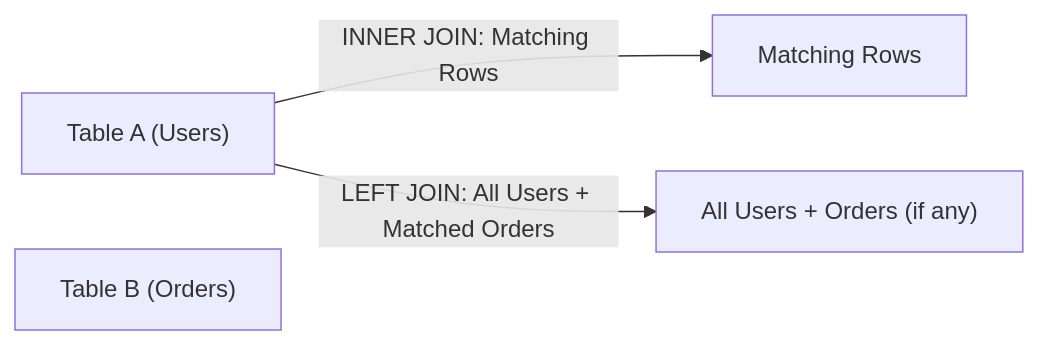
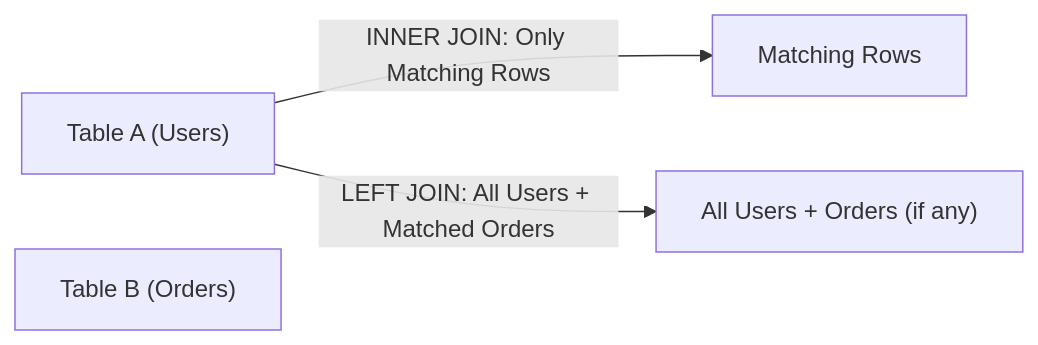
Diagram 22 of 23 in 06-Java-and-Spring-Boot/Spring Boot Interview Guide.md (rohithgowda18/Notes), drawn with Mermaid before and after one commit. The commit also changed other lines of this file, not shown here.

````diff
--- a/06-Java-and-Spring-Boot/Spring Boot Interview Guide.md
+++ b/06-Java-and-Spring-Boot/Spring Boot Interview Guide.md
@@ -1285,8 +1540,8 @@
 ```mermaid
 flowchart LR
     A["Table A (Users)"]
     B["Table B (Orders)"]
 
-    A -->|"INNER JOIN: Matching Rows"| IJ["Matching Rows"]
+    A -->|"INNER JOIN: Only Matching Rows"| IJ["Matching Rows"]
     A -->|"LEFT JOIN: All Users + Matched Orders"| LJ["All Users + Orders (if any)"]
 ```
````
